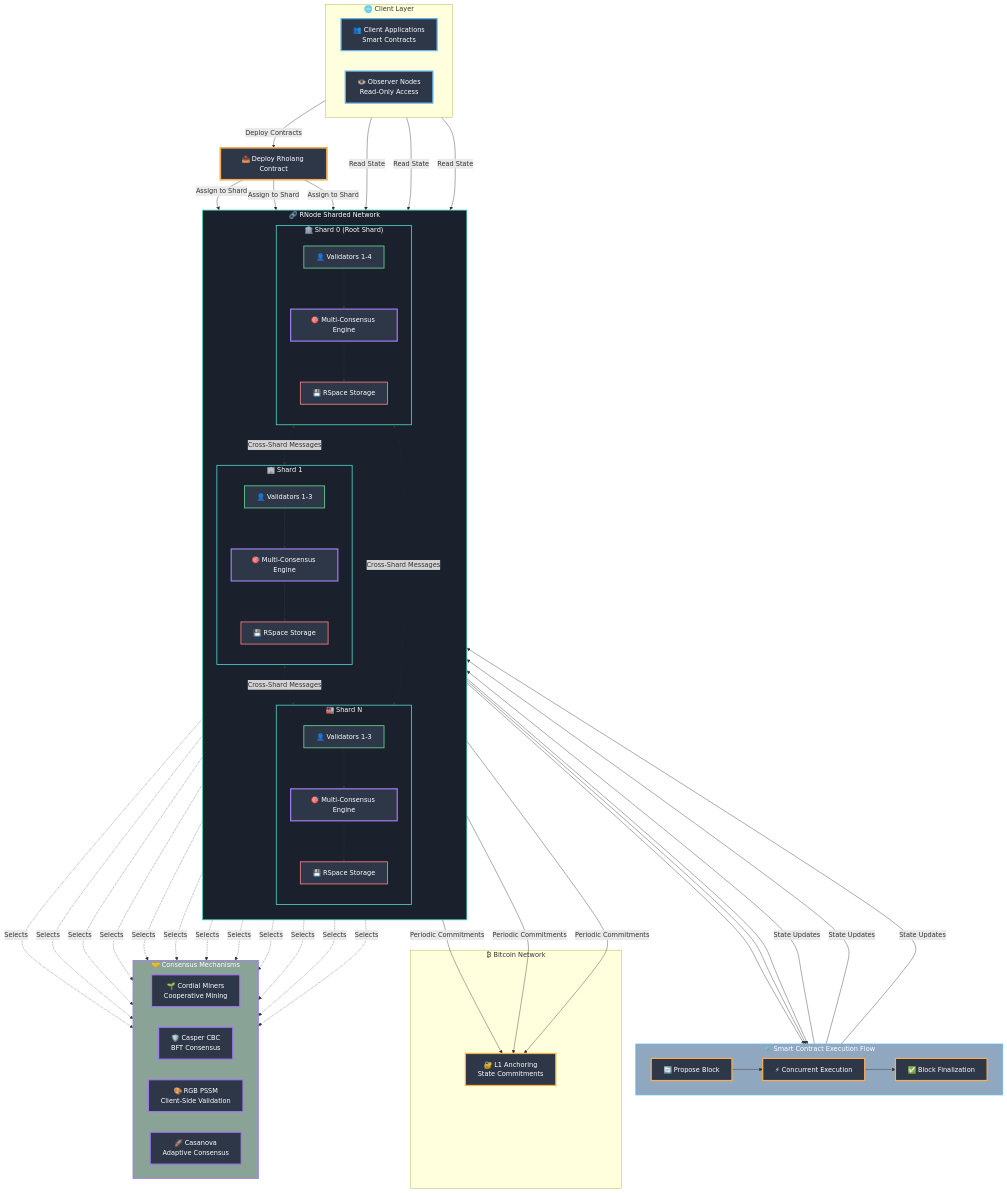
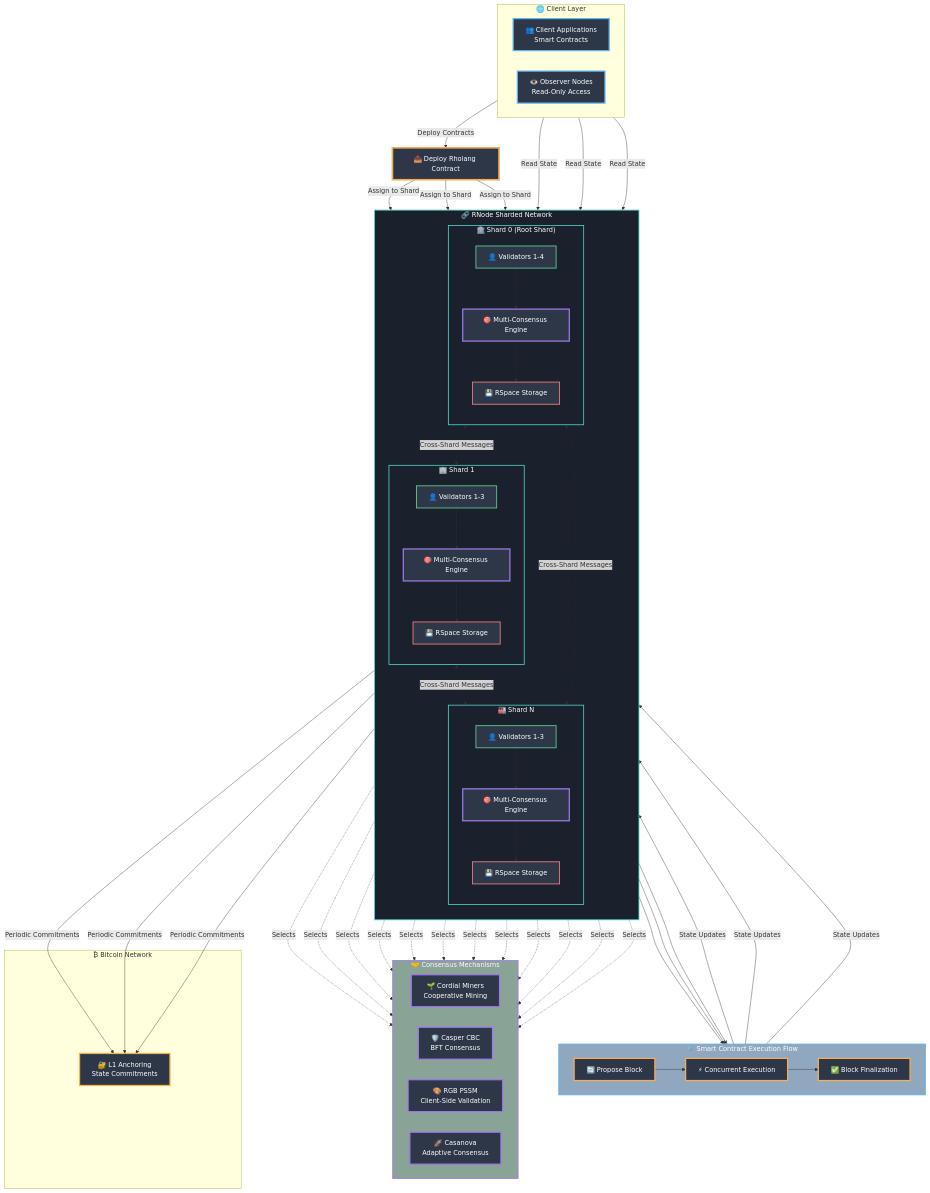
One commit to F1R3FLY-io/f1r3fly changed the diagram in docs/README.md. Above: the diagram before and after it, drawn with Mermaid.

Commit message:
trying to just postion CM box

```diff
--- a/docs/README.md
+++ b/docs/README.md
@@ -66,18 +66,18 @@
         end
     end
     
-    %% Bitcoin Layer
-    subgraph Bitcoin["₿ Bitcoin Network"]
-        BTC[🔐 L1 Anchoring<br/>State Commitments]
-    end
-    
-    %% Consensus Mechanisms (positioned left of Bitcoin)
+    %% Consensus Mechanisms (below central network)
     subgraph ConsensusTypes["🤝 Consensus Mechanisms"]
         direction LR
         CM[🌱 Cordial Miners<br/>Cooperative Mining]
         CBC[🛡️ Casper CBC<br/>BFT Consensus]
         RGB[🎨 RGB PSSM<br/>Client-Side Validation]
         CS[🚀 Casanova<br/>Adaptive Consensus]
+    end
+    
+    %% Bitcoin Layer
+    subgraph Bitcoin["₿ Bitcoin Network"]
+        BTC[🔐 L1 Anchoring<br/>State Commitments]
     end
     
     %% Client Interactions
```
